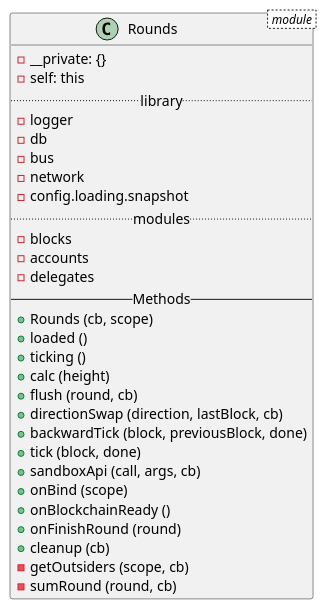
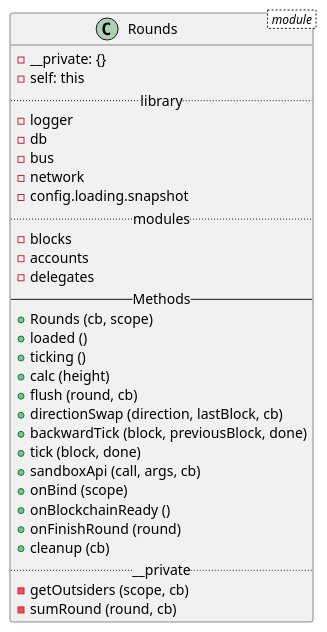
Before and after one commit to LucasIsasmendi/lisk-core-plantuml: the diagram in class/classes/modules/rounds.puml, drawn with PlantUML. The commit also changed 18 other files, not shown here.

```diff
--- a/class/classes/modules/rounds.puml
+++ b/class/classes/modules/rounds.puml
@@ -1,32 +1,33 @@
 @startuml
 class Rounds < module > {
   - __private: {}
   - self: this
   .. library ..
   - logger
   - db
   - bus
   - network
   - config.loading.snapshot
   .. modules ..
   - blocks
   - accounts
   - delegates
   -- Methods --
   + Rounds (cb, scope)
   + loaded ()
   + ticking ()
   + calc (height)
   + flush (round, cb)
   + directionSwap (direction, lastBlock, cb)
   + backwardTick (block, previousBlock, done)
   + tick (block, done)
   + sandboxApi (call, args, cb)
   + onBind (scope)
   + onBlockchainReady ()
   + onFinishRound (round)
   + cleanup (cb)
+  .. __private ..
   - getOutsiders (scope, cb)
   - sumRound (round, cb)
 }
 @enduml
```
